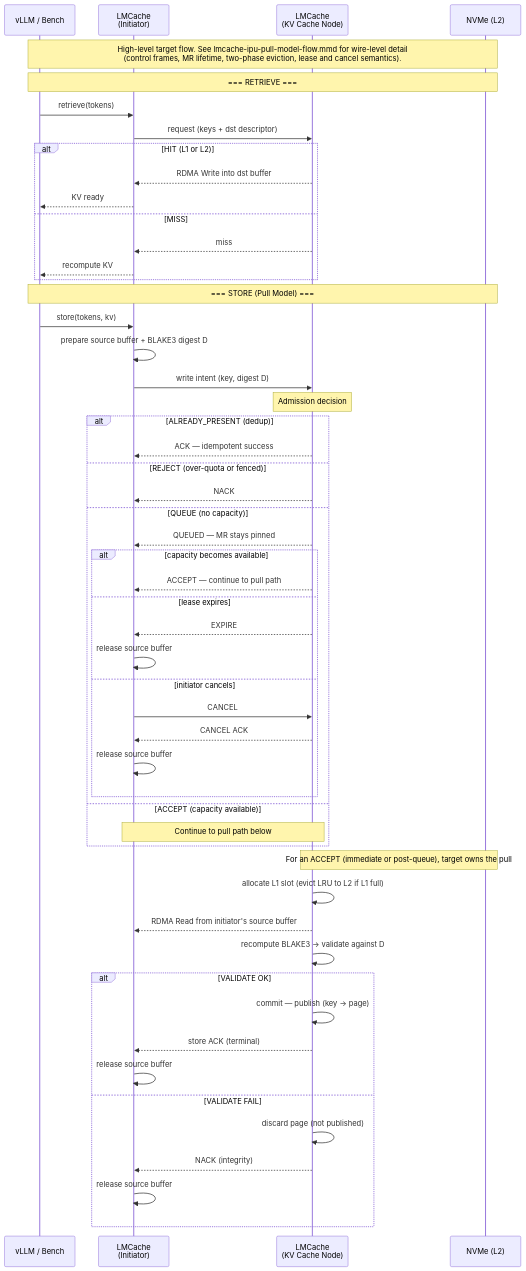
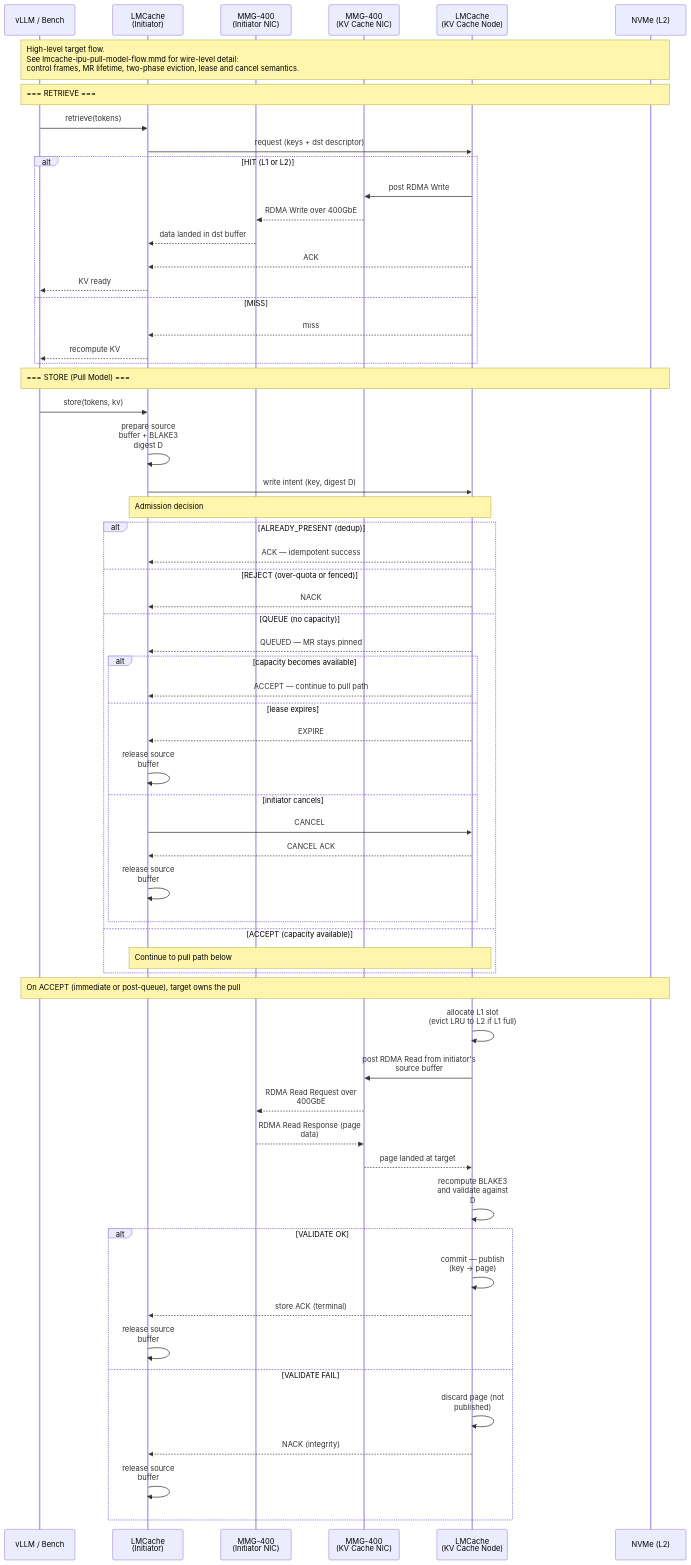
One commit to tsg-/LMCache changed the diagram in docs/design/v1/platform/rdma/diagrams/lmcache-ipu-pull-model-flow-hl.mmd. Above: the diagram before and after it, drawn with Mermaid. The commit also changed 1 other file, not shown here.

Commit message:
docs: widen mermaid notes and show MMG-400 in HL flow
- Add %%{init}%% directive to both pull-model diagrams so long note
  text wraps within the participant span (wrap: true, noteAlign: left,
  wider actor/message margins). Without wrap, notes with long headers
  produced narrow boxes with overflowing text.

- Anchor a couple of narrow notes across wider spans so they get
  proportionally wider boxes.

- Add the MMG-400 NIC actors (initiator + KV-cache-node) to the
  high-level diagram. The RDMA step is the whole point of the pull
  model; hiding the NIC hid the fact that RETRIEVE is a target-posted
  Write and STORE is a target-posted Read over 400GbE.

```diff
--- a/docs/design/v1/platform/rdma/diagrams/lmcache-ipu-pull-model-flow-hl.mmd
+++ b/docs/design/v1/platform/rdma/diagrams/lmcache-ipu-pull-model-flow-hl.mmd
@@ -1,63 +1,72 @@
+%%{init: {"theme": "default", "sequence": {"wrap": true, "noteAlign": "left", "noteMargin": 12, "actorMargin": 80, "messageMargin": 45}}}%%
 sequenceDiagram
     participant vLLM as vLLM / Bench
     participant LMC_I as LMCache<br/>(Initiator)
+    participant IPU_I as MMG-400<br/>(Initiator NIC)
+    participant IPU_T as MMG-400<br/>(KV Cache NIC)
     participant LMC_T as LMCache<br/>(KV Cache Node)
     participant SSD as NVMe (L2)
 
-    Note over vLLM,SSD: High-level target flow. See lmcache-ipu-pull-model-flow.mmd for wire-level detail<br/>(control frames, MR lifetime, two-phase eviction, lease and cancel semantics).
+    Note over vLLM,SSD: High-level target flow.<br/>See lmcache-ipu-pull-model-flow.mmd for wire-level detail:<br/>control frames, MR lifetime, two-phase eviction, lease and cancel semantics.
 
     Note over vLLM,SSD: === RETRIEVE ===
 
     vLLM->>LMC_I: retrieve(tokens)
     LMC_I->>LMC_T: request (keys + dst descriptor)
     alt HIT (L1 or L2)
-        LMC_T-->>LMC_I: RDMA Write into dst buffer
+        LMC_T->>IPU_T: post RDMA Write
+        IPU_T-->>IPU_I: RDMA Write over 400GbE
+        IPU_I-->>LMC_I: data landed in dst buffer
+        LMC_T-->>LMC_I: ACK
         LMC_I-->>vLLM: KV ready
     else MISS
         LMC_T-->>LMC_I: miss
         LMC_I-->>vLLM: recompute KV
     end
 
     Note over vLLM,SSD: === STORE (Pull Model) ===
 
     vLLM->>LMC_I: store(tokens, kv)
     LMC_I->>LMC_I: prepare source buffer + BLAKE3 digest D
     LMC_I->>LMC_T: write intent (key, digest D)
 
-    Note over LMC_T: Admission decision
+    Note over LMC_I,LMC_T: Admission decision
 
     alt ALREADY_PRESENT (dedup)
         LMC_T-->>LMC_I: ACK — idempotent success
     else REJECT (over-quota or fenced)
         LMC_T-->>LMC_I: NACK
     else QUEUE (no capacity)
         LMC_T-->>LMC_I: QUEUED — MR stays pinned
         alt capacity becomes available
             LMC_T-->>LMC_I: ACCEPT — continue to pull path
         else lease expires
             LMC_T-->>LMC_I: EXPIRE
             LMC_I->>LMC_I: release source buffer
         else initiator cancels
             LMC_I->>LMC_T: CANCEL
             LMC_T-->>LMC_I: CANCEL ACK
             LMC_I->>LMC_I: release source buffer
         end
     else ACCEPT (capacity available)
-        Note over LMC_T,LMC_I: Continue to pull path below
+        Note over LMC_I,LMC_T: Continue to pull path below
     end
 
-    Note over LMC_T,SSD: For an ACCEPT (immediate or post-queue), target owns the pull
+    Note over vLLM,SSD: On ACCEPT (immediate or post-queue), target owns the pull
 
-    LMC_T->>LMC_T: allocate L1 slot (evict LRU to L2 if L1 full)
-    LMC_T-->>LMC_I: RDMA Read from initiator's source buffer
-    LMC_T->>LMC_T: recompute BLAKE3 → validate against D
+    LMC_T->>LMC_T: allocate L1 slot<br/>(evict LRU to L2 if L1 full)
+    LMC_T->>IPU_T: post RDMA Read from initiator's source buffer
+    IPU_T-->>IPU_I: RDMA Read Request over 400GbE
+    IPU_I-->>IPU_T: RDMA Read Response (page data)
+    IPU_T-->>LMC_T: page landed at target
+    LMC_T->>LMC_T: recompute BLAKE3 and validate against D
 
     alt VALIDATE OK
         LMC_T->>LMC_T: commit — publish (key → page)
         LMC_T-->>LMC_I: store ACK (terminal)
         LMC_I->>LMC_I: release source buffer
     else VALIDATE FAIL
         LMC_T->>LMC_T: discard page (not published)
         LMC_T-->>LMC_I: NACK (integrity)
         LMC_I->>LMC_I: release source buffer
     end
```
